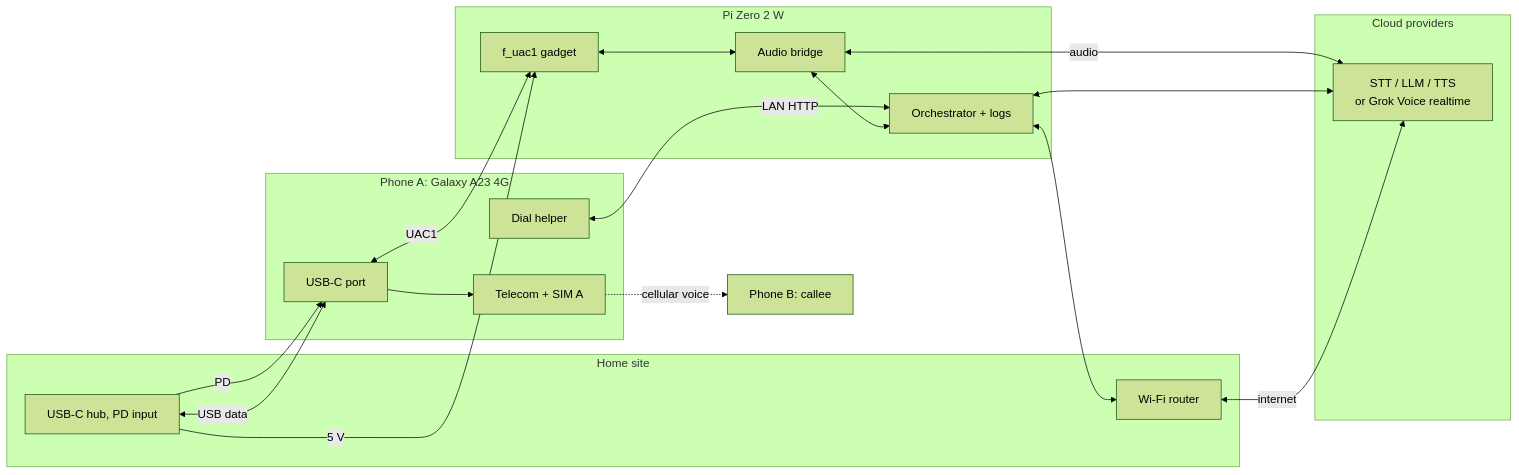
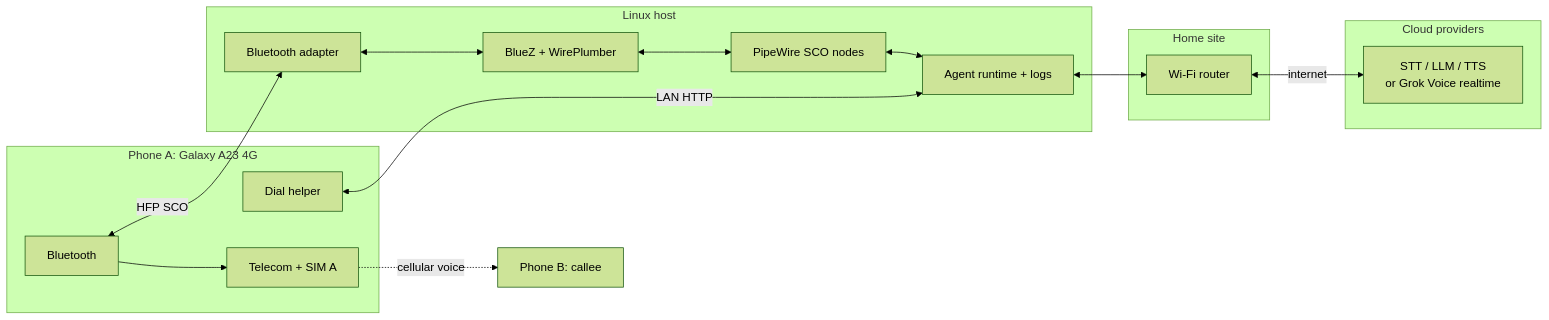
The third of 5 diagrams in docs/architecture.md (fahimalizain/android-telephone-agent), drawn with Mermaid (forest theme) before and after one commit. The commit also changed other lines of this file and 44 other files, not shown here.

Commit message:
docs: remove the Raspberry Pi and USB gadget route

````diff
--- a/docs/architecture.md
+++ b/docs/architecture.md
@@ -216,34 +195,30 @@
 ```mermaid
 flowchart LR
   subgraph PA["Phone A: Galaxy A23 4G"]
-    USB["USB-C port"]
+    BT["Bluetooth"]
     TEL["Telecom + SIM A"]
     HLP["Dial helper"]
   end
-  subgraph PI["Pi Zero 2 W"]
-    GAD["f_uac1 gadget"]
-    BR["Audio bridge"]
-    OR["Orchestrator + logs"]
+  subgraph HOST["Linux host"]
+    ADP["Bluetooth adapter"]
+    BTSTACK["BlueZ + WirePlumber"]
+    PW["PipeWire SCO nodes"]
+    OR["Agent runtime + logs"]
   end
   subgraph SITE["Home site"]
-    HUB["USB-C hub, PD input"]
     RTR["Wi-Fi router"]
   end
   subgraph CLOUD["Cloud providers"]
     VOICE["STT / LLM / TTS<br/>or Grok Voice realtime"]
   end
   B["Phone B: callee"]
-  HUB -->|"PD"| USB
-  HUB -->|"5 V"| GAD
-  HUB <-->|"USB data"| USB
-  USB <-->|"UAC1"| GAD
-  USB --> TEL
+  BT <-->|"HFP SCO"| ADP
+  ADP <--> BTSTACK
+  BTSTACK <--> PW
+  PW <--> OR
+  BT --> TEL
   TEL -.->|"cellular voice"| B
   HLP <-->|"LAN HTTP"| OR
-  GAD <--> BR
-  BR <--> OR
-  BR <-->|"audio"| VOICE
-  OR <--> VOICE
   OR <--> RTR
   RTR <-->|"internet"| VOICE
 ```
````
